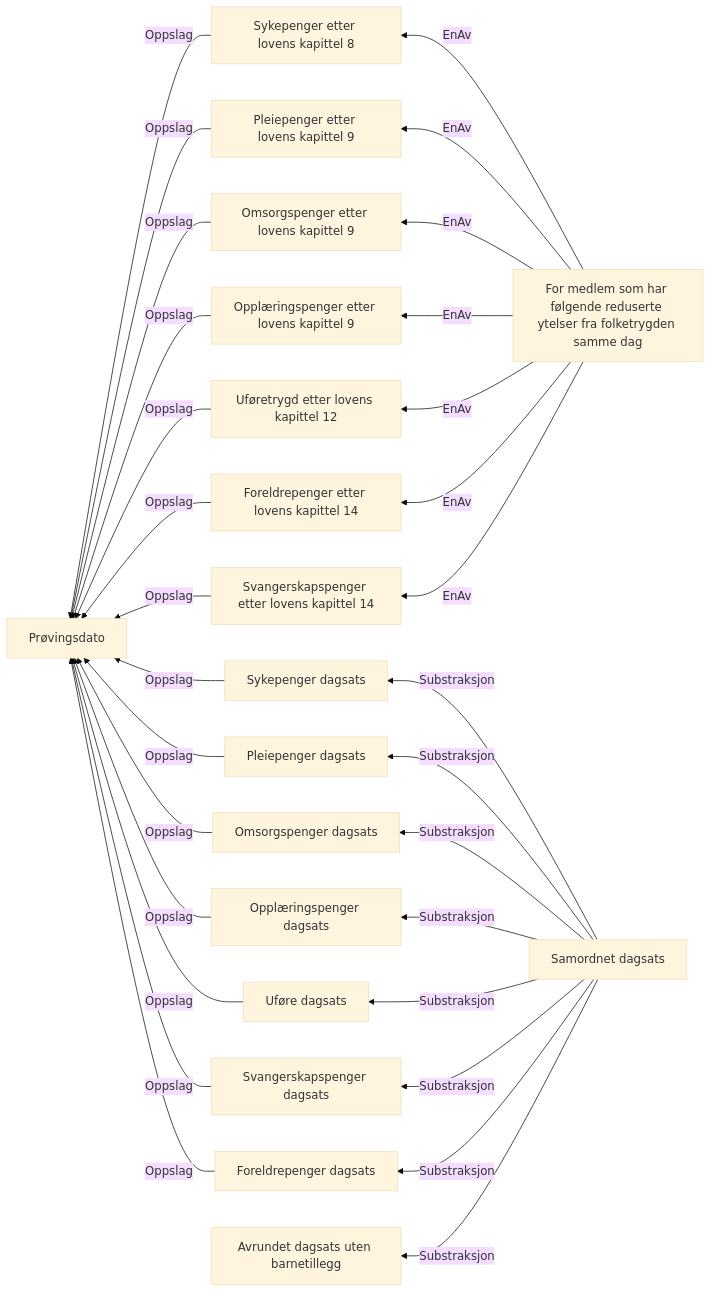
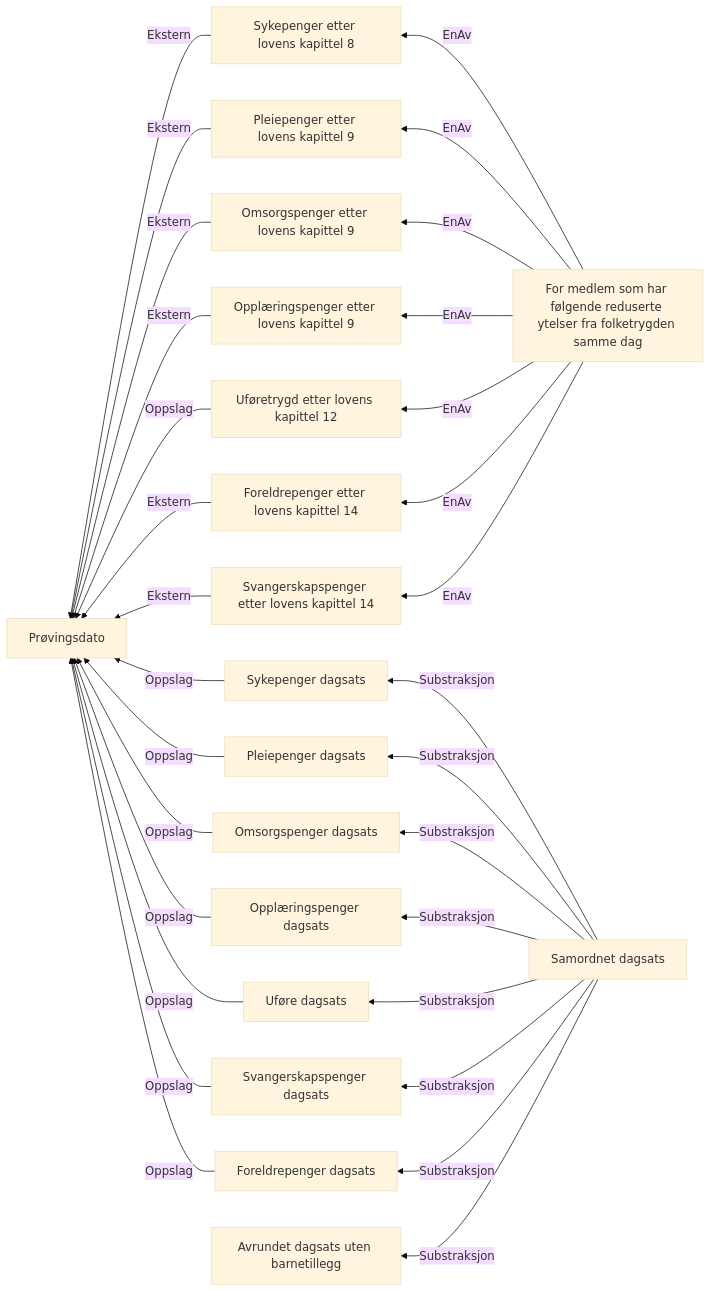
The diagram in docs/regler/§ 4-25.Samordning med reduserte ytelser fra folketrygden, eller redusert avtalefestet pensjon.approved.md (navikt/dp-vedtak), drawn with Mermaid (base theme) before and after one commit. The commit also changed 2 other files, not shown here.

Commit message:
Gjør oppslag mot ytelsene Sykepenger, Pleiepenger, omsorgspenger, opplæringspenger, sykepenger og svangerskapspenger.

````diff
--- a/docs/regler/§ 4-25.Samordning med reduserte ytelser fra folketrygden, eller redusert avtalefestet pensjon.approved.md
+++ b/docs/regler/§ 4-25.Samordning med reduserte ytelser fra folketrygden, eller redusert avtalefestet pensjon.approved.md
@@ -5,32 +5,32 @@
 ```mermaid
 graph RL
-  A["Sykepenger etter lovens kapittel 8"] -->|"Oppslag"| B["Prøvingsdato"]
-  C["Pleiepenger etter lovens kapittel 9"] -->|"Oppslag"| B["Prøvingsdato"]
-  D["Omsorgspenger etter lovens kapittel 9"] -->|"Oppslag"| B["Prøvingsdato"]
-  E["Opplæringspenger etter lovens kapittel 9"] -->|"Oppslag"| B["Prøvingsdato"]
+  A["Sykepenger etter lovens kapittel 8"] -->|"Ekstern"| B["Prøvingsdato"]
+  C["Pleiepenger etter lovens kapittel 9"] -->|"Ekstern"| B["Prøvingsdato"]
+  D["Omsorgspenger etter lovens kapittel 9"] -->|"Ekstern"| B["Prøvingsdato"]
+  E["Opplæringspenger etter lovens kapittel 9"] -->|"Ekstern"| B["Prøvingsdato"]
   F["Uføretrygd etter lovens kapittel 12"] -->|"Oppslag"| B["Prøvingsdato"]
-  G["Foreldrepenger etter lovens kapittel 14"] -->|"Oppslag"| B["Prøvingsdato"]
-  H["Svangerskapspenger etter lovens kapittel 14"] -->|"Oppslag"| B["Prøvingsdato"]
+  G["Foreldrepenger etter lovens kapittel 14"] -->|"Ekstern"| B["Prøvingsdato"]
+  H["Svangerskapspenger etter lovens kapittel 14"] -->|"Ekstern"| B["Prøvingsdato"]
   I["Sykepenger dagsats"] -->|"Oppslag"| B["Prøvingsdato"]
   J["Pleiepenger dagsats"] -->|"Oppslag"| B["Prøvingsdato"]
   K["Omsorgspenger dagsats"] -->|"Oppslag"| B["Prøvingsdato"]
   L["Opplæringspenger dagsats"] -->|"Oppslag"| B["Prøvingsdato"]
   M["Uføre dagsats"] -->|"Oppslag"| B["Prøvingsdato"]
   N["Svangerskapspenger dagsats"] -->|"Oppslag"| B["Prøvingsdato"]
   O["Foreldrepenger dagsats"] -->|"Oppslag"| B["Prøvingsdato"]
   P["Samordnet dagsats"] -->|"Substraksjon"| Q["Avrundet dagsats uten barnetillegg"]
   P["Samordnet dagsats"] -->|"Substraksjon"| I["Sykepenger dagsats"]
   P["Samordnet dagsats"] -->|"Substraksjon"| J["Pleiepenger dagsats"]
   P["Samordnet dagsats"] -->|"Substraksjon"| K["Omsorgspenger dagsats"]
   P["Samordnet dagsats"] -->|"Substraksjon"| L["Opplæringspenger dagsats"]
   P["Samordnet dagsats"] -->|"Substraksjon"| M["Uføre dagsats"]
   P["Samordnet dagsats"] -->|"Substraksjon"| O["Foreldrepenger dagsats"]
   P["Samordnet dagsats"] -->|"Substraksjon"| N["Svangerskapspenger dagsats"]
   R["For medlem som har følgende reduserte ytelser fra folketrygden samme dag"] -->|"EnAv"| A["Sykepenger etter lovens kapittel 8"]
   R["For medlem som har følgende reduserte ytelser fra folketrygden samme dag"] -->|"EnAv"| C["Pleiepenger etter lovens kapittel 9"]
   R["For medlem som har følgende reduserte ytelser fra folketrygden samme dag"] -->|"EnAv"| D["Omsorgspenger etter lovens kapittel 9"]
   R["For medlem som har følgende reduserte ytelser fra folketrygden samme dag"] -->|"EnAv"| E["Opplæringspenger etter lovens kapittel 9"]
   R["For medlem som har følgende reduserte ytelser fra folketrygden samme dag"] -->|"EnAv"| F["Uføretrygd etter lovens kapittel 12"]
   R["For medlem som har følgende reduserte ytelser fra folketrygden samme dag"] -->|"EnAv"| G["Foreldrepenger etter lovens kapittel 14"]
   R["For medlem som har følgende reduserte ytelser fra folketrygden samme dag"] -->|"EnAv"| H["Svangerskapspenger etter lovens kapittel 14"]
 ```
````
